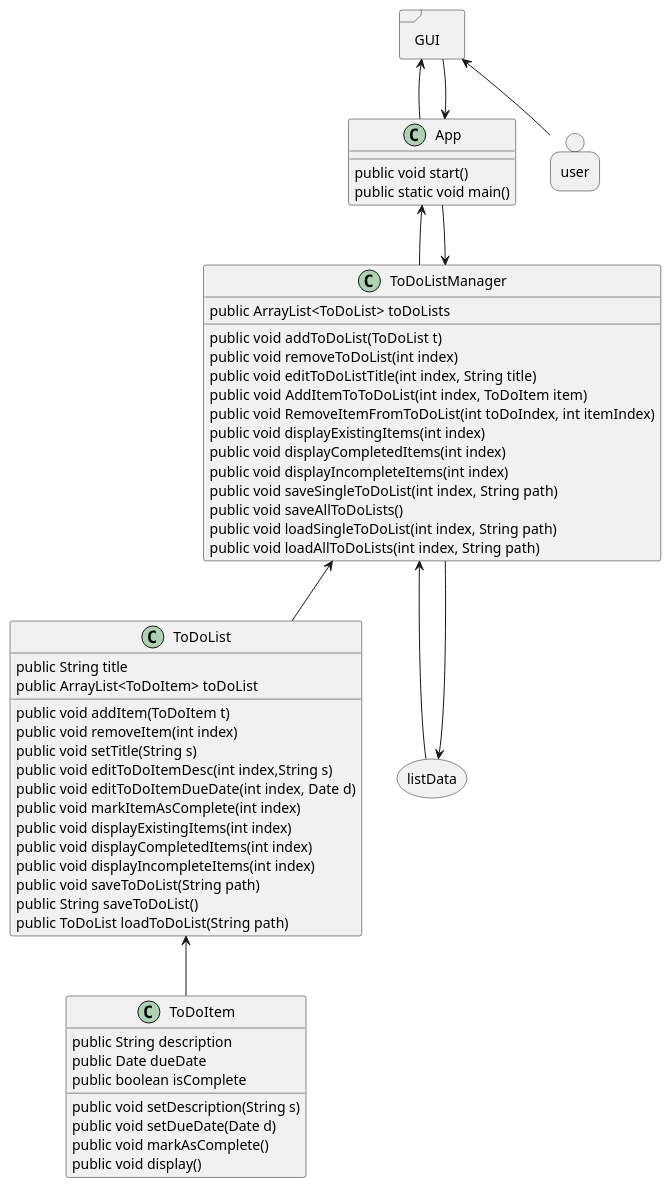
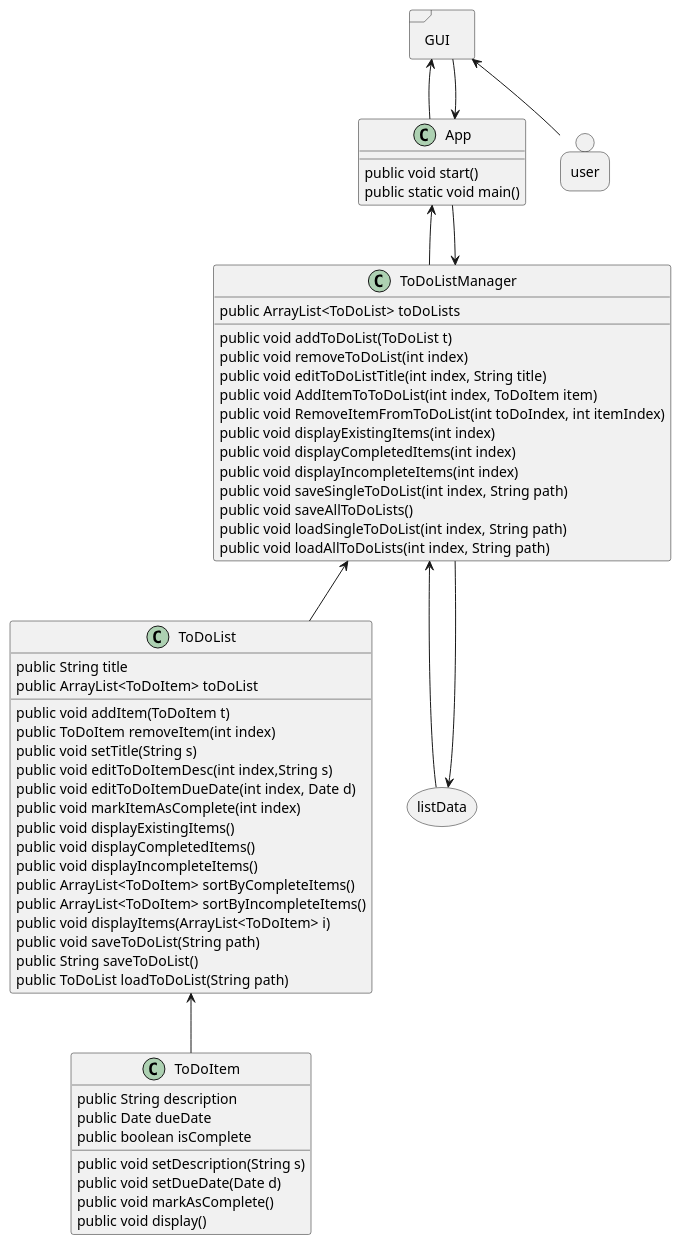
One commit to brysonPaul/paul-cop3330-assignment4 changed the diagram in uml/toDoListManagerFlow.puml. Above: the diagram before and after it, drawn with PlantUML. The commit also changed 7 other files, not shown here.

```diff
--- a/uml/toDoListManagerFlow.puml
+++ b/uml/toDoListManagerFlow.puml
@@ -1,63 +1,66 @@
 @startuml
 allowmixing
 
 class ToDoItem {
     public String description
     public Date dueDate
     public boolean isComplete
     public void setDescription(String s)
     public void setDueDate(Date d)
     public void markAsComplete()
     public void display()
 }
 class ToDoList{
     public String title
     public ArrayList<ToDoItem> toDoList
     public void addItem(ToDoItem t)
-    public void removeItem(int index)
+    public ToDoItem removeItem(int index)
     public void setTitle(String s)
     public void editToDoItemDesc(int index,String s)
     public void editToDoItemDueDate(int index, Date d)
     public void markItemAsComplete(int index)
-    public void displayExistingItems(int index)
-    public void displayCompletedItems(int index)
-    public void displayIncompleteItems(int index)
+    public void displayExistingItems()
+    public void displayCompletedItems()
+    public void displayIncompleteItems()
+    public ArrayList<ToDoItem> sortByCompleteItems()
+    public ArrayList<ToDoItem> sortByIncompleteItems()
+    public void displayItems(ArrayList<ToDoItem> i)
     public void saveToDoList(String path)
     public String saveToDoList()
     public ToDoList loadToDoList(String path)
 }
 class ToDoListManager{
     public ArrayList<ToDoList> toDoLists
     public void addToDoList(ToDoList t)
     public void removeToDoList(int index)
     public void editToDoListTitle(int index, String title)
     public void AddItemToToDoList(int index, ToDoItem item)
     public void RemoveItemFromToDoList(int toDoIndex, int itemIndex)
     public void displayExistingItems(int index)
     public void displayCompletedItems(int index)
     public void displayIncompleteItems(int index)
     public void saveSingleToDoList(int index, String path)
     public void saveAllToDoLists()
     public void loadSingleToDoList(int index, String path)
     public void loadAllToDoLists(int index, String path)
 }
 class App{
     public void start()
     public static void main()
 }
 frame GUI{
 }
 person user
 storage listData
 
 GUI<-- user
 GUI<--App
 App<--GUI
 ToDoListManager<-- listData
 listData<--ToDoListManager
 
 App<--ToDoListManager
 ToDoListManager<--App
 ToDoListManager<--ToDoList
 ToDoList<--ToDoItem
 @enduml
```
